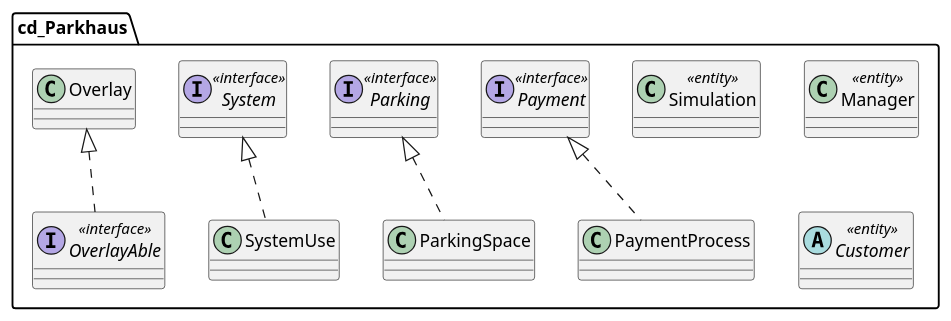
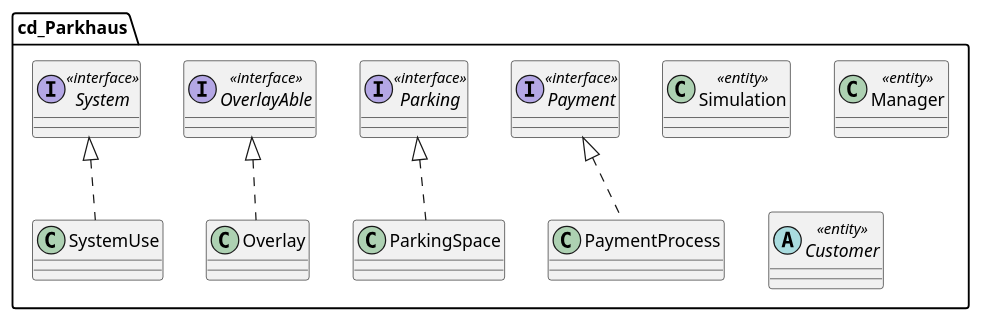
The diagram in src/main/exercise4/cd_Parkhaus.puml (1nbetw33n/Parkhaus_new), drawn with PlantUML before and after one commit.

Commit message:
Fixed logical error in cd_Parkhaus.puml

```diff
--- a/src/main/exercise4/cd_Parkhaus.puml
+++ b/src/main/exercise4/cd_Parkhaus.puml
@@ -1,78 +1,78 @@
 @startuml
 skinparam classAttributeIconSize 0
 
 package cd_Parkhaus {
 
     interface Payment {
 
     }
 
 
     interface Parking {
 
     }
 
 
     interface OverlayAble {
 
     }
 
 
     interface System {
 
     }
 
 
     class PaymentProcess {
 
     }
 
 
     class ParkingSpace  {
 
     }
 
 
     class Overlay {
 
     }
 
 
     class SystemUse {
 
     }
 
 
     class Simulation {
 
     }
 
 
     class Manager {
 
     }
 
 
     abstract class Customer {
 
     }
 
 
     Payment <<interface>>
     Parking <<interface>>
     OverlayAble <<interface>>
     System <<interface>>
     Payment <|.. PaymentProcess
     Parking <|.. ParkingSpace
-    Overlay <|.. OverlayAble
+    OverlayAble <|.. Overlay
     System <|.. SystemUse
     Simulation <<entity>>
     Manager <<entity>>
     Customer <<entity>>
 
 
 
 }
 
 
  @enduml
```
